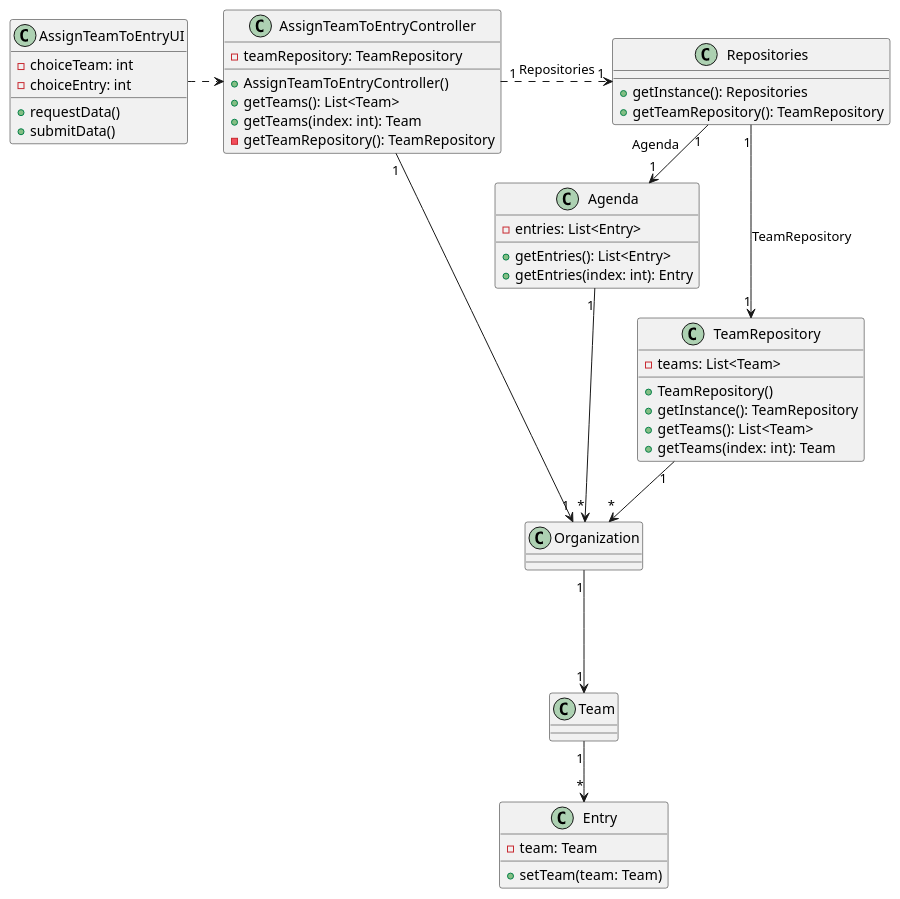
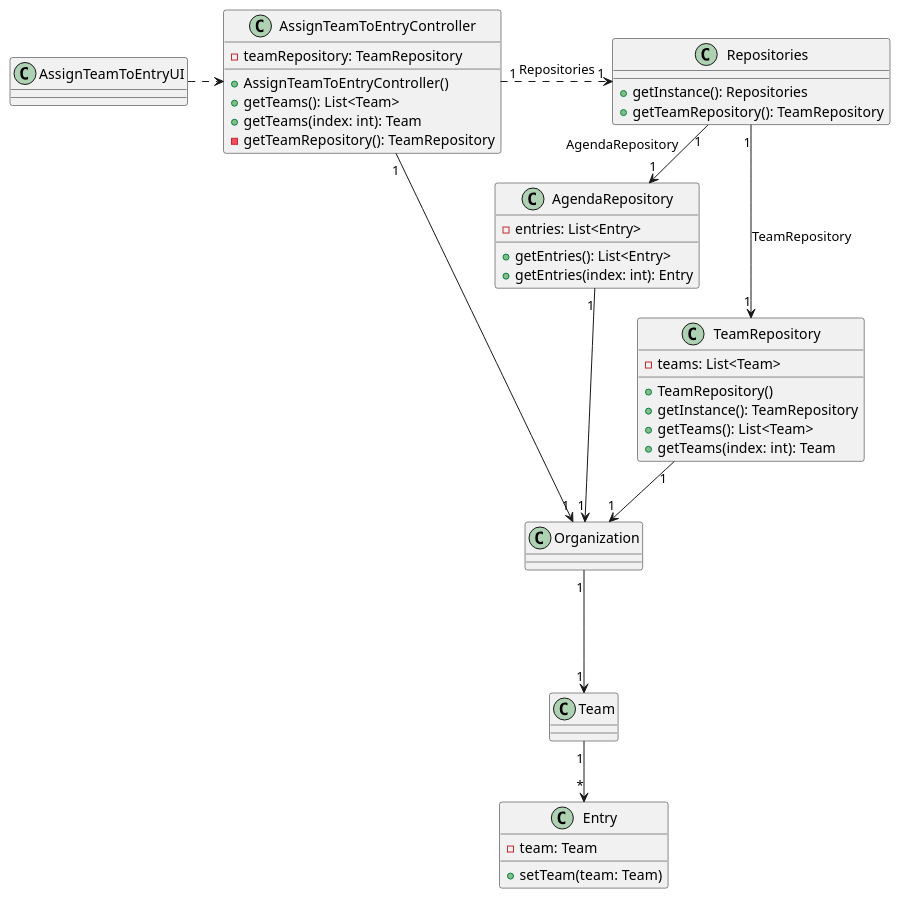
Before and after one commit to Departamento-de-Engenharia-Informatica/lei-24-s2-1df-1de-g063: the diagram in docs/SprintC/us23/03.design/puml/us023-class-diagram.puml, drawn with PlantUML. The commit also changed 8 other files, not shown here.

```diff
--- a/docs/SprintC/us23/03.design/puml/us023-class-diagram.puml
+++ b/docs/SprintC/us23/03.design/puml/us023-class-diagram.puml
@@ -1,56 +1,53 @@
 @startuml
 
 class AssignTeamToEntryController {
     -teamRepository: TeamRepository
     +AssignTeamToEntryController()
     +getTeams(): List<Team>
     +getTeams(index: int): Team
     -getTeamRepository(): TeamRepository
 }
 
 class AssignTeamToEntryUI {
-    -choiceTeam: int
-    -choiceEntry: int
-    +requestData()
-    +submitData()
+
 }
 
 
 class TeamRepository {
     -teams: List<Team>
     +TeamRepository()
     +getInstance(): TeamRepository
     +getTeams(): List<Team>
     +getTeams(index: int): Team
 }
 
 class Repositories {
     +getInstance(): Repositories
     +getTeamRepository(): TeamRepository
 }
 
-class Agenda {
+class AgendaRepository {
     -entries: List<Entry>
     +getEntries(): List<Entry>
     +getEntries(index: int): Entry
 }
 
 class Entry {
     -team: Team
     +setTeam(team: Team)
 }
 class Organization {
 }
 
 AssignTeamToEntryController "1" .> "1" Repositories : Repositories
 AssignTeamToEntryUI .>  AssignTeamToEntryController
 Repositories "1" --> "1" TeamRepository : TeamRepository
-Repositories "1" -> "1" Agenda : Agenda
-TeamRepository "1" --> "*" Organization
-Agenda "1" --> "*" Organization
+Repositories "1" -> "1" AgendaRepository : AgendaRepository
+TeamRepository "1" --> "1" Organization
+AgendaRepository "1" --> "1" Organization
 Organization "1" ---> "1" Team
 Team "1" --> "*" Entry
 AssignTeamToEntryController "1" -> "1" Organization
 
 
 @enduml
```
